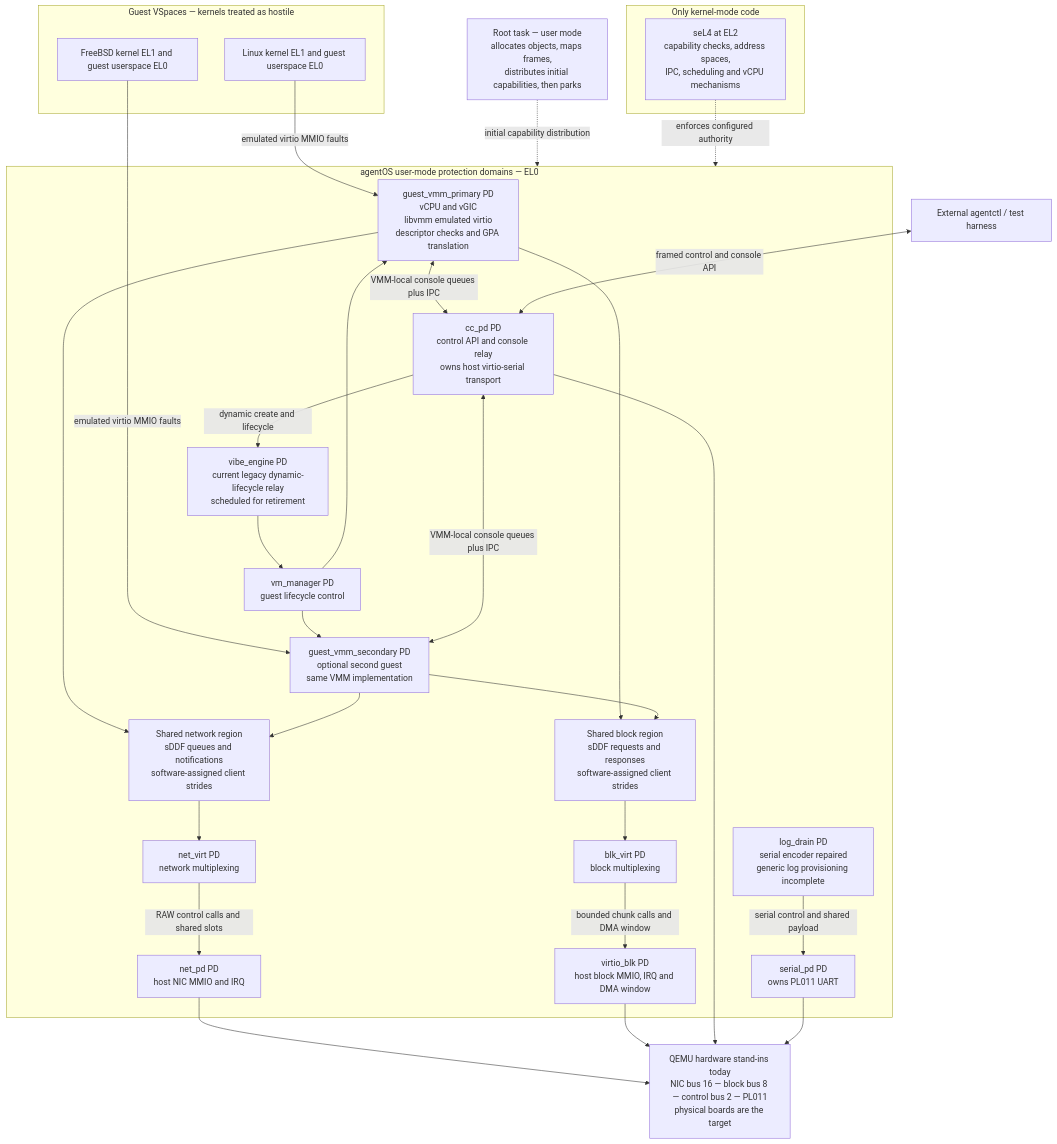
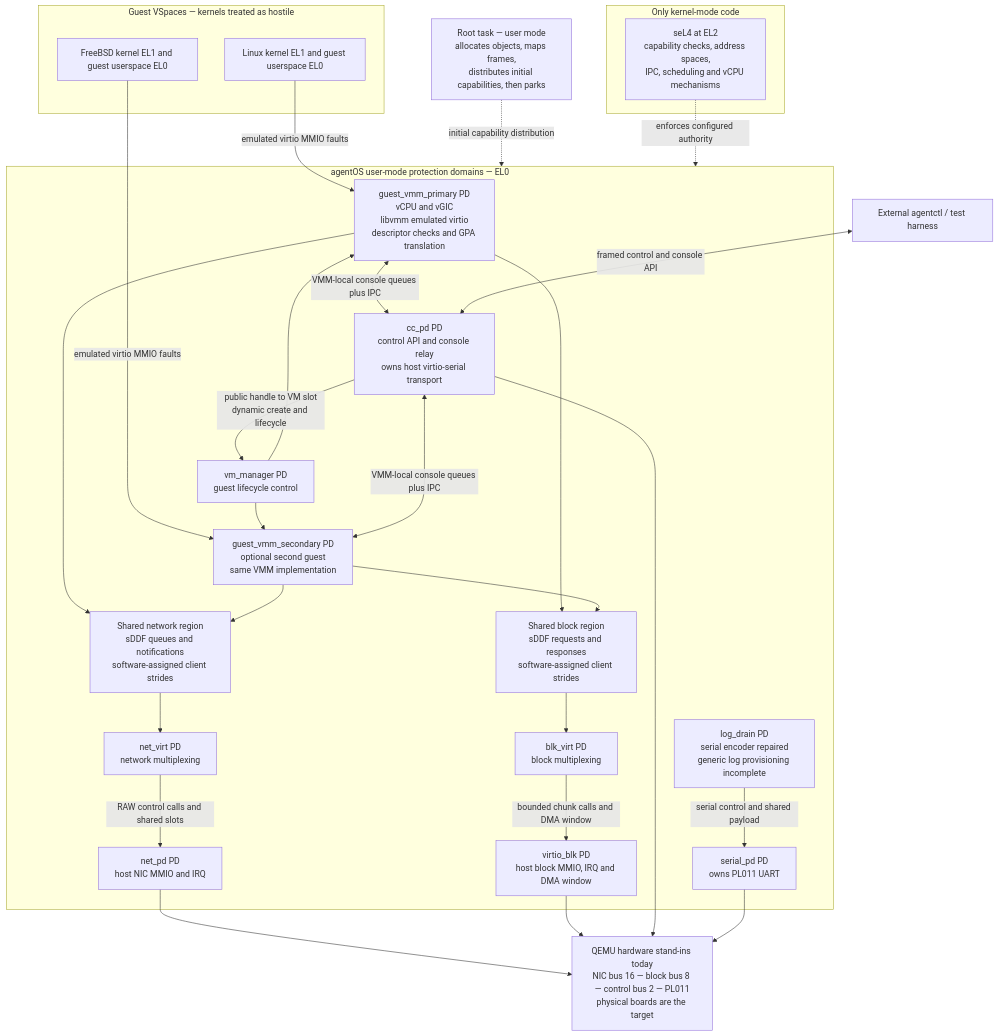
Before and after one commit to jordanhubbard/agentos: the first of 2 diagrams in docs/security-architecture.md, drawn with Mermaid. The commit also changed other lines of this file and 17 other files, not shown here.

First line of the commit message:
platform: route guest lifecycle directly to vm_manager

````diff
--- a/docs/security-architecture.md
+++ b/docs/security-architecture.md
@@ -15,52 +15,50 @@
 ```mermaid
 flowchart TB
   subgraph guests[Guest VSpaces — kernels treated as hostile]
     linux[Linux kernel EL1 and guest userspace EL0]
     freebsd[FreeBSD kernel EL1 and guest userspace EL0]
   end
   subgraph userspace[agentOS user-mode protection domains — EL0]
     primary[guest_vmm_primary PD<br/>vCPU and vGIC<br/>libvmm emulated virtio<br/>descriptor checks and GPA translation]
     secondary[guest_vmm_secondary PD<br/>optional second guest<br/>same VMM implementation]
     netq[Shared network region<br/>sDDF queues and notifications<br/>software-assigned client strides]
     blkq[Shared block region<br/>sDDF requests and responses<br/>software-assigned client strides]
     nv[net_virt PD<br/>network multiplexing]
     bv[blk_virt PD<br/>block multiplexing]
     nd[net_pd PD<br/>host NIC MMIO and IRQ]
     bd[virtio_blk PD<br/>host block MMIO, IRQ and DMA window]
     cc[cc_pd PD<br/>control API and console relay<br/>owns host virtio-serial transport]
-    legacy[vibe_engine PD<br/>current legacy dynamic-lifecycle relay<br/>scheduled for retirement]
     manager[vm_manager PD<br/>guest lifecycle control]
     serial[serial_pd PD<br/>owns PL011 UART]
     logs[log_drain PD<br/>serial encoder repaired<br/>generic log provisioning incomplete]
   end
   subgraph kernel[Only kernel-mode code]
     sel4[seL4 at EL2<br/>capability checks, address spaces,<br/>IPC, scheduling and vCPU mechanisms]
   end
   root[Root task — user mode<br/>allocates objects, maps frames,<br/>distributes initial capabilities, then parks]
   hardware[QEMU hardware stand-ins today<br/>NIC bus 16 — block bus 8 — control bus 2 — PL011<br/>physical boards are the target]
   operator[External agentctl / test harness]
   linux -->|emulated virtio MMIO faults| primary
   freebsd -->|emulated virtio MMIO faults| secondary
   primary --> netq
   secondary --> netq
   primary --> blkq
   secondary --> blkq
   netq --> nv
   blkq --> bv
   nv -->|RAW control calls and shared slots| nd
   bv -->|bounded chunk calls and DMA window| bd
   primary <-->|VMM-local console queues plus IPC| cc
   secondary <-->|VMM-local console queues plus IPC| cc
   operator <-->|framed control and console API| cc
-  cc -->|dynamic create and lifecycle| legacy
-  legacy --> manager
+  cc -->|public handle to VM slot<br/>dynamic create and lifecycle| manager
   manager --> primary
   manager --> secondary
   logs -->|serial control and shared payload| serial
   nd --> hardware
   bd --> hardware
   cc --> hardware
   serial --> hardware
   root -.->|initial capability distribution| userspace
   sel4 -.->|enforces configured authority| userspace
 ```
````
